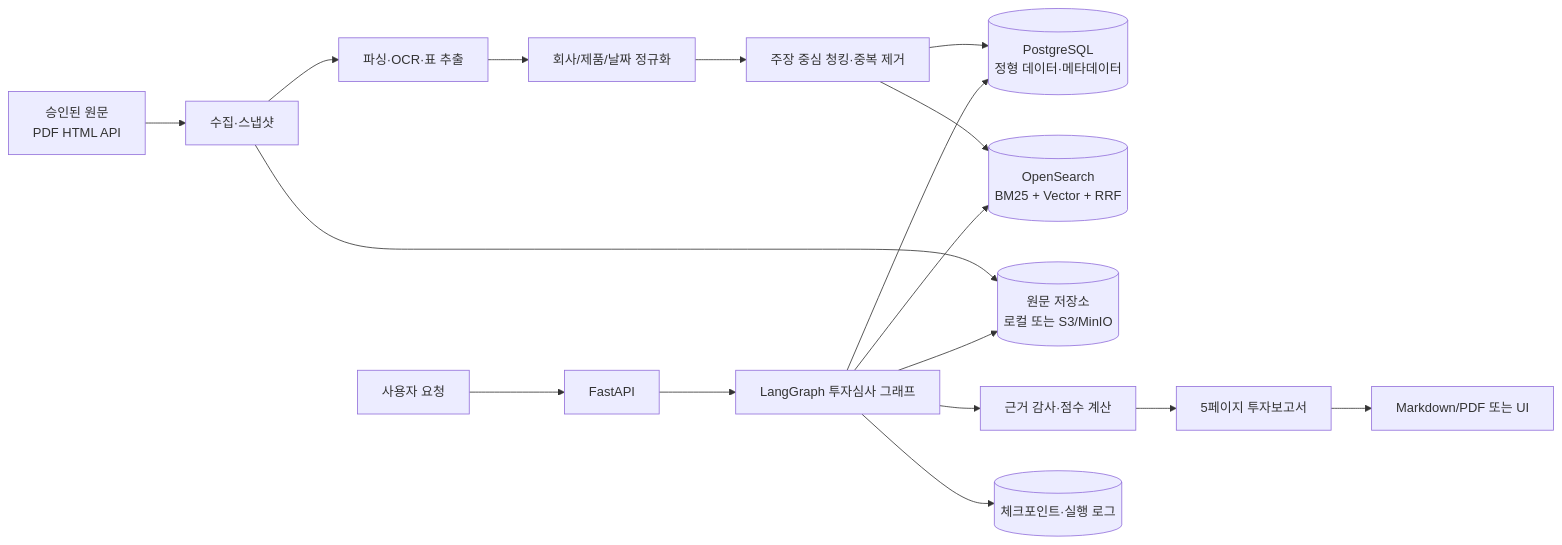
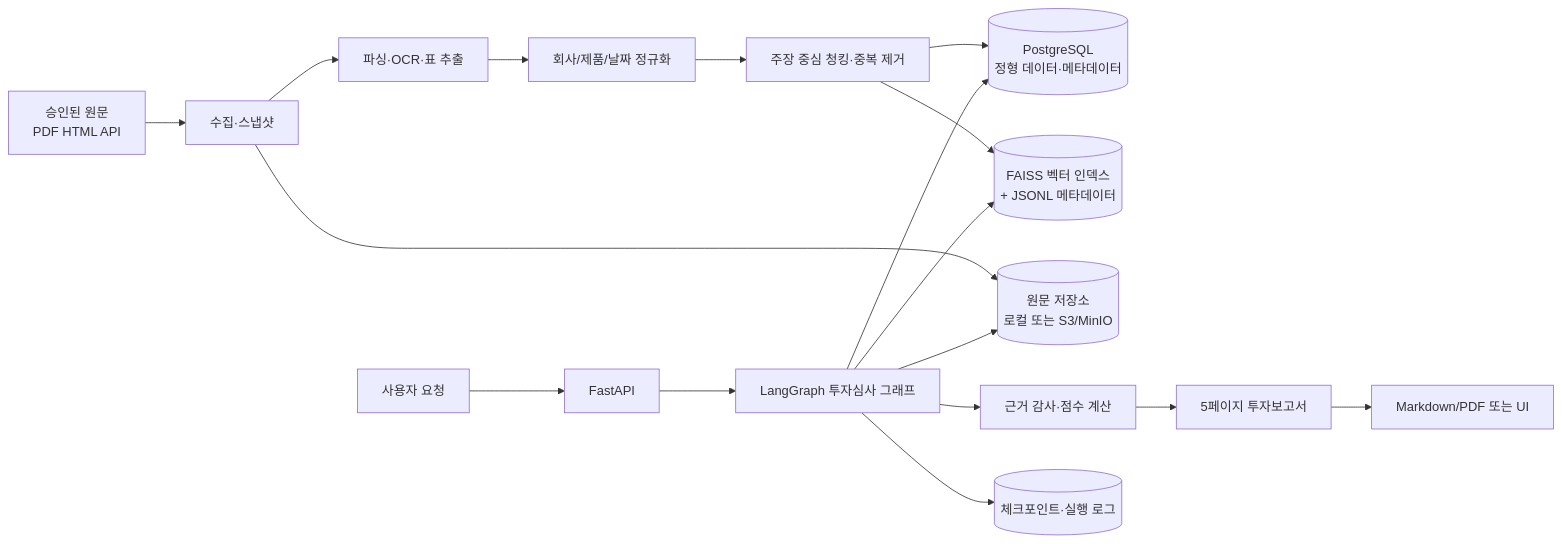
The first of 3 diagrams in docs/implementation-design.md (jihun-24k/skala-rag-pipeline), drawn with Mermaid before and after one commit. The commit also changed other lines of this file and 8 other files, not shown here.

````diff
--- a/docs/implementation-design.md
+++ b/docs/implementation-design.md
@@ -49,20 +49,20 @@
 ```mermaid
 flowchart LR
     A[승인된 원문\nPDF HTML API] --> B[수집·스냅샷]
     B --> C[파싱·OCR·표 추출]
     C --> D[회사/제품/날짜 정규화]
     D --> E[주장 중심 청킹·중복 제거]
     E --> F[(PostgreSQL\n정형 데이터·메타데이터)]
-    E --> G[(OpenSearch\nBM25 + Vector + RRF)]
+    E --> G[(FAISS 벡터 인덱스\n+ JSONL 메타데이터)]
     B --> H[(원문 저장소\n로컬 또는 S3/MinIO)]
 
     U[사용자 요청] --> I[FastAPI]
     I --> J[LangGraph 투자심사 그래프]
     J --> F
     J --> G
     J --> H
     J --> K[근거 감사·점수 계산]
     K --> L[5페이지 투자보고서]
     J --> M[(체크포인트·실행 로그)]
     L --> N[Markdown/PDF 또는 UI]
 ```
````
